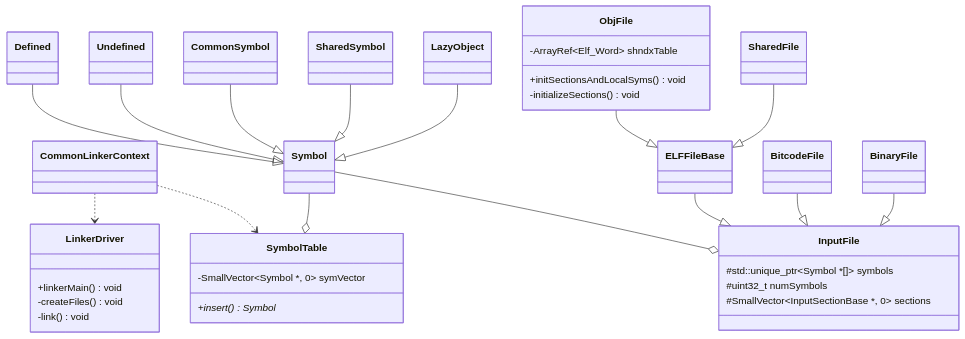
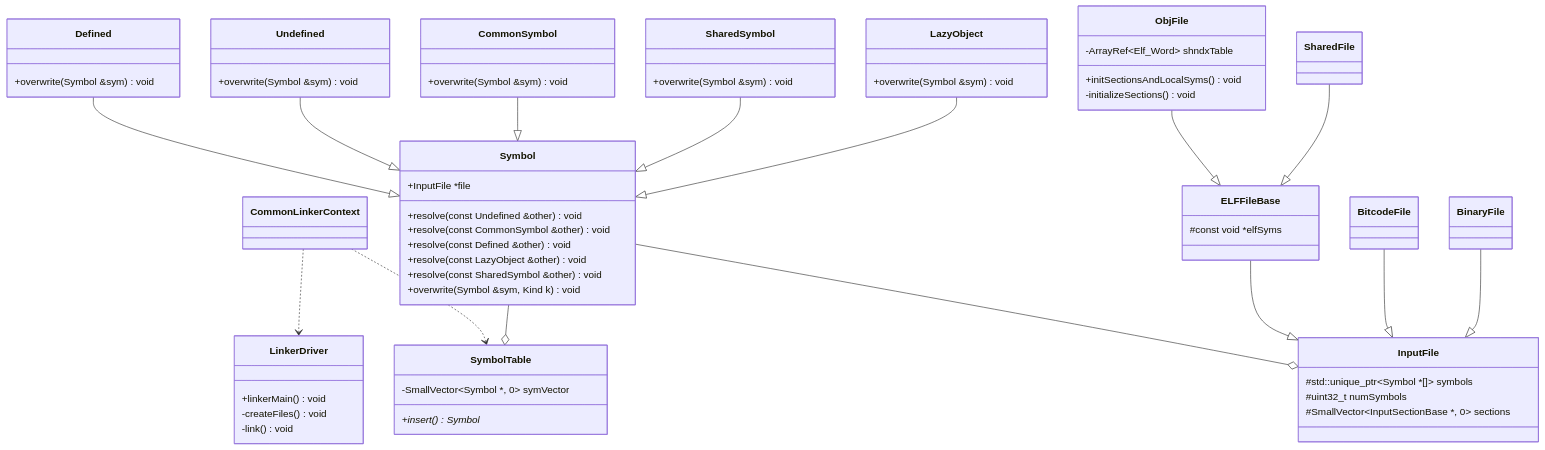
One commit to acelyb/MY-NOTE changed the second of 2 diagrams in compiler/llvm-note.md. Above: the diagram before and after it, drawn with Mermaid. The commit also changed other lines of this file and 1 other file, not shown here.

```diff
--- a/compiler/llvm-note.md
+++ b/compiler/llvm-note.md
@@ -102,27 +103,33 @@
     }
 
     class Symbol {
-
+        +InputFile *file
+        +resolve(const Undefined &other) void
+        +resolve(const CommonSymbol &other) void
+        +resolve(const Defined &other) void
+        +resolve(const LazyObject &other) void
+        +resolve(const SharedSymbol &other) void
+        +overwrite(Symbol &sym, Kind k) void
     }
 
     class Defined {
-
+        +overwrite(Symbol &sym) void
     }
 
     class Undefined {
-
+        +overwrite(Symbol &sym) void
     }
 
     class CommonSymbol {
-        
+        +overwrite(Symbol &sym) void
     }
 
     class SharedSymbol {
-        
+        +overwrite(Symbol &sym) void
     }
 
     class LazyObject {
-        
+        +overwrite(Symbol &sym) void
     }
 
     class InputFile {
@@ -132,7 +139,7 @@
     }
 
     class ELFFileBase {
-
+        #const void *elfSyms
     }
 
     class BitcodeFile {
```
